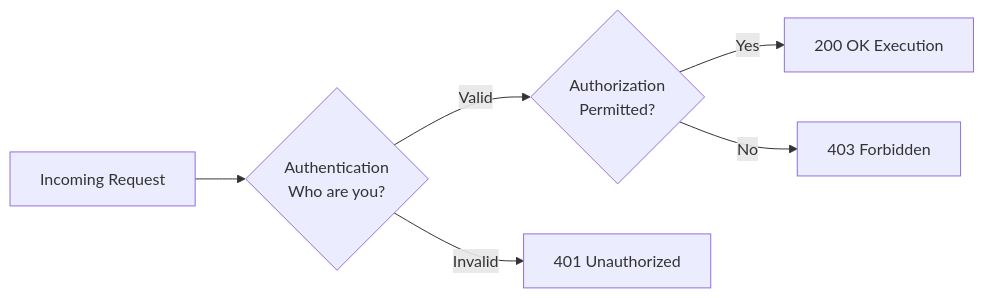
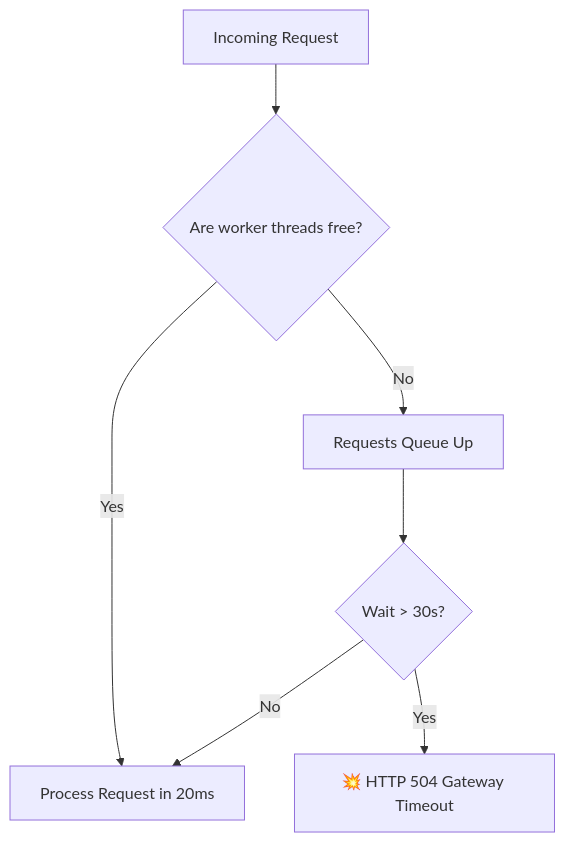
Before and after one commit to Sujalkathait/high-level-design: the ninth of 22 diagrams in README.md, drawn with Mermaid. The commit also changed other lines of this file, not shown here.

Commit message:
docs: implement strict 22-section architectural framework across core HLD topics in simple English

````diff
--- a/README.md
+++ b/README.md
@@ -461,8 +385,9 @@
 ```mermaid
-graph LR
-    Req[Incoming Request] --> AuthCheck{Authentication\nWho are you?}
-    AuthCheck -- Valid --> RoleCheck{Authorization\nPermitted?}
-    AuthCheck -- Invalid --> R401[401 Unauthorized]
-    RoleCheck -- Yes --> OK[200 OK Execution]
-    RoleCheck -- No --> R403[403 Forbidden]
+flowchart TD
+    Req[Incoming Request] --> ThreadCheck{Are worker threads free?}
+    ThreadCheck -- Yes --> Process[Process Request in 20ms]
+    ThreadCheck -- No --> Queue[Requests Queue Up]
+    Queue --> Timeout{Wait > 30s?}
+    Timeout -- Yes --> Err504[💥 HTTP 504 Gateway Timeout]
+    Timeout -- No --> Process
 ```
````
